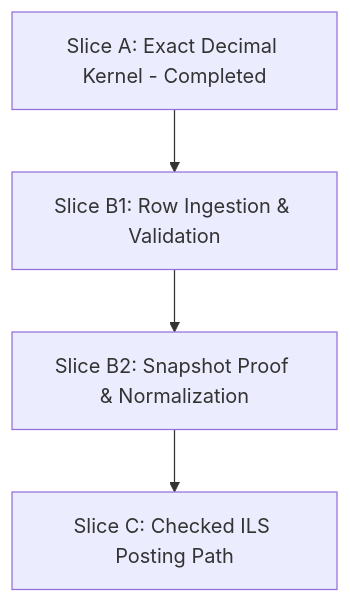
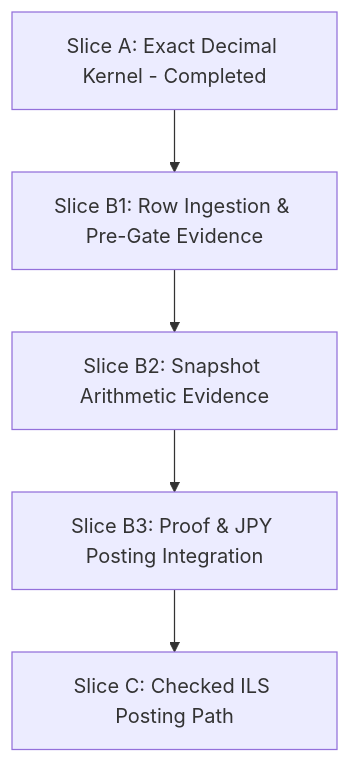
The diagram in docs/CURRENCY_STAGE2_SLICE_B_SPLIT_DECISION.md (shumoku88-bit/bqn-ledger), drawn with Mermaid before and after one commit. The commit also changed other lines of this file and 1 other file, not shown here.

Commit message:
docs: revise Slice B split decision to use 4-slice structure and B1 pre-gate evidence

````diff
--- a/docs/CURRENCY_STAGE2_SLICE_B_SPLIT_DECISION.md
+++ b/docs/CURRENCY_STAGE2_SLICE_B_SPLIT_DECISION.md
@@ -33,6 +38,7 @@
 ```mermaid
 graph TD
-    A[Slice A: Exact Decimal Kernel - Completed] --> B1[Slice B1: Row Ingestion & Validation]
-    B1 --> B2[Slice B2: Snapshot Proof & Normalization]
-    B2 --> C[Slice C: Checked ILS Posting Path]
+    A[Slice A: Exact Decimal Kernel - Completed] --> B1[Slice B1: Row Ingestion & Pre-Gate Evidence]
+    B1 --> B2[Slice B2: Snapshot Arithmetic Evidence]
+    B2 --> B3[Slice B3: Proof & JPY Posting Integration]
+    B3 --> C[Slice C: Checked ILS Posting Path]
 ```
````
